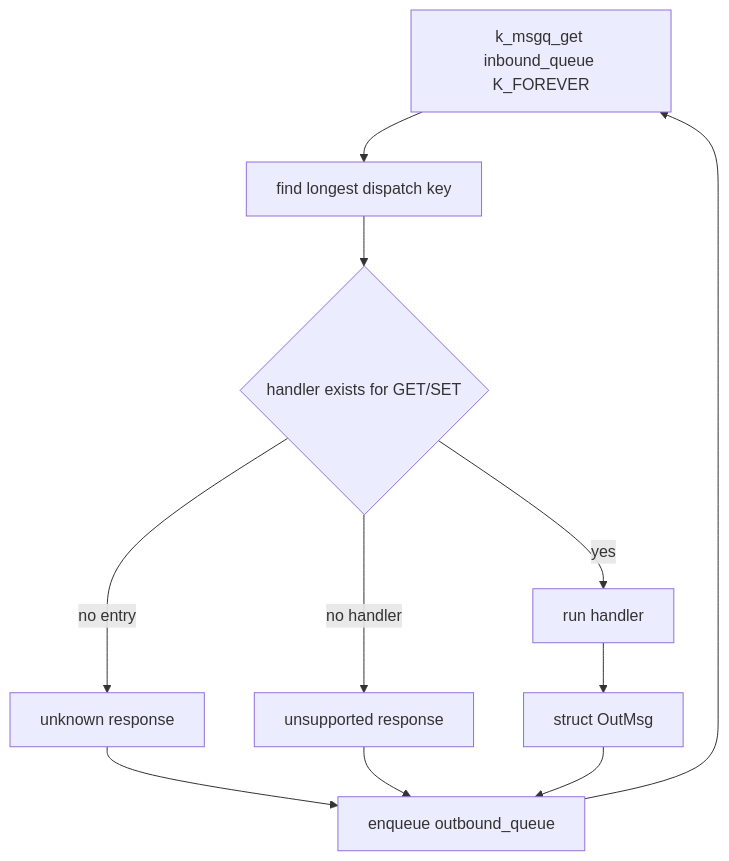
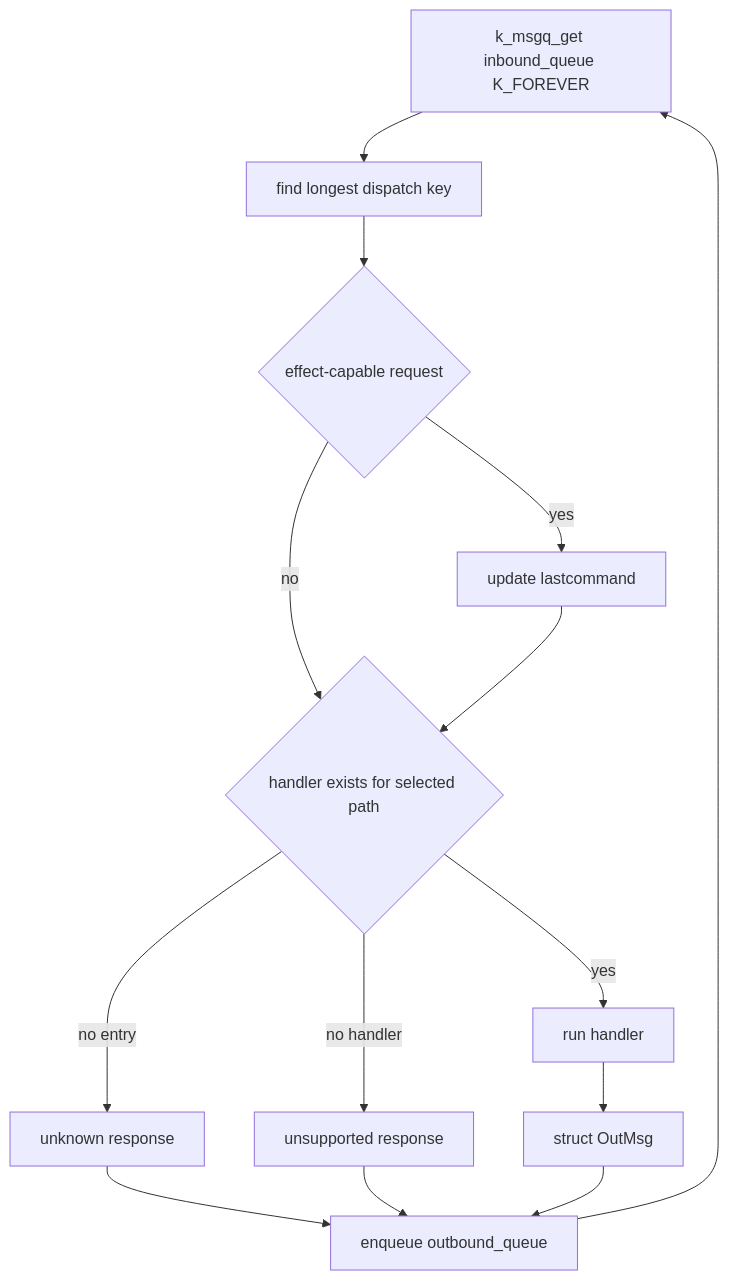
The sixth of 17 diagrams in doc/diagrams.md (COO-Utilities/hispec-tib), drawn with Mermaid before and after one commit. The commit also changed other lines of this file and 5 other files, not shown here.

Commit message:
Refactor command documentation: update query/effect request distinctions, improve classification clarity, and align with schema-standard naming.

````diff
--- a/doc/diagrams.md
+++ b/doc/diagrams.md
@@ -119,13 +116,16 @@
 ```mermaid
 flowchart TD
   Wait[k_msgq_get inbound_queue K_FOREVER] --> Dispatch[find longest dispatch key]
-  Dispatch --> Found{handler exists for GET/SET}
+  Dispatch --> Record{effect-capable request}
+  Record -- yes --> Last[update lastcommand]
+  Record -- no --> Found{handler exists for selected path}
+  Last --> Found
   Found -- no entry --> Unknown[unknown response]
   Found -- no handler --> Unsupported[unsupported response]
   Found -- yes --> Handler[run handler]
   Handler --> Response[struct OutMsg]
   Unknown --> Out[enqueue outbound_queue]
   Unsupported --> Out
   Response --> Out
   Out --> Wait
 ```
````
